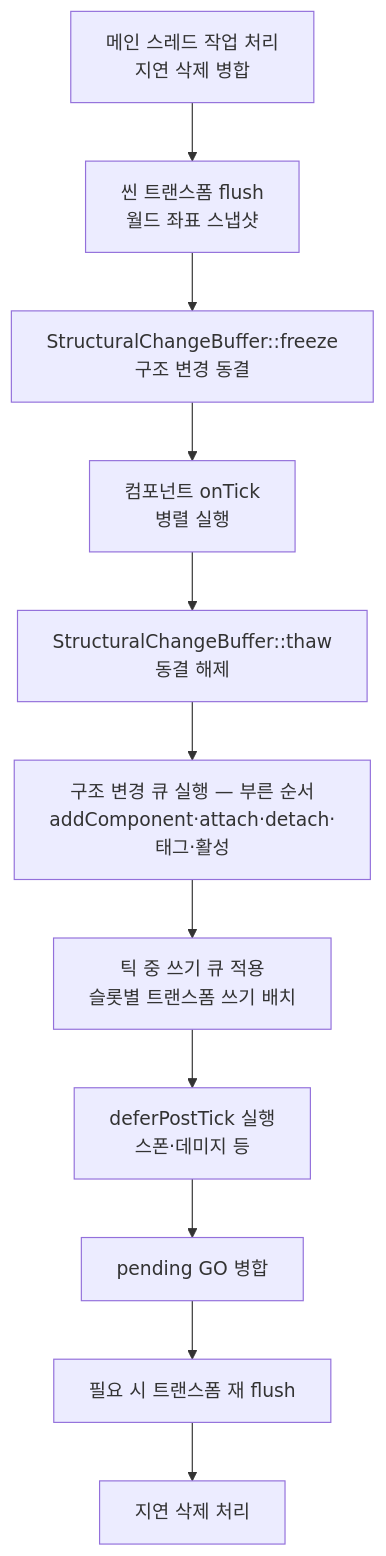
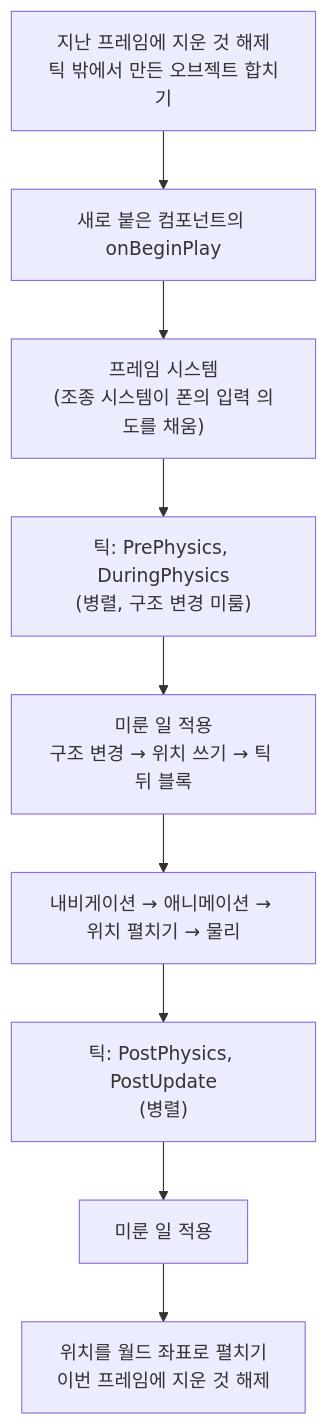
One commit to sswgame/LearningTemplate changed the second of 2 diagrams in Source/Engine/Object/README.md. Above: the diagram before and after it, drawn with Mermaid. The commit also changed other lines of this file, not shown here.

````diff
--- a/Source/Engine/Object/README.md
+++ b/Source/Engine/Object/README.md
@@ -86,13 +197,11 @@
 ```mermaid
 flowchart TD
-  A[메인 스레드 작업 처리<br/>지연 삭제 병합] --> B[씬 트랜스폼 flush<br/>월드 좌표 스냅샷]
-  B --> C[StructuralChangeBuffer::freeze<br/>구조 변경 동결]
-  C --> D[컴포넌트 onTick<br/>병렬 실행]
-  D --> E[StructuralChangeBuffer::thaw<br/>동결 해제]
-  E --> E2[구조 변경 큐 실행 — 부른 순서<br/>addComponent·attach·detach·태그·활성]
-  E2 --> F[틱 중 쓰기 큐 적용<br/>슬롯별 트랜스폼 쓰기 배치]
-  F --> G[deferPostTick 실행<br/>스폰·데미지 등]
-  G --> H[pending GO 병합]
-  H --> I[필요 시 트랜스폼 재 flush]
-  I --> J[지연 삭제 처리]
+  A["지난 프레임에 지운 것 해제<br/>틱 밖에서 만든 오브젝트 합치기"] --> B["새로 붙은 컴포넌트의 onBeginPlay"]
+  B --> S["프레임 시스템<br/>(조종 시스템이 폰의 입력 의도를 채움)"]
+  S --> C["틱: PrePhysics, DuringPhysics<br/>(병렬, 구조 변경 미룸)"]
+  C --> D["미룬 일 적용<br/>구조 변경 → 위치 쓰기 → 틱 뒤 블록"]
+  D --> E["내비게이션 → 애니메이션 → 위치 펼치기 → 물리"]
+  E --> F["틱: PostPhysics, PostUpdate<br/>(병렬)"]
+  F --> G["미룬 일 적용"]
+  G --> H["위치를 월드 좌표로 펼치기<br/>이번 프레임에 지운 것 해제"]
 ```
````
